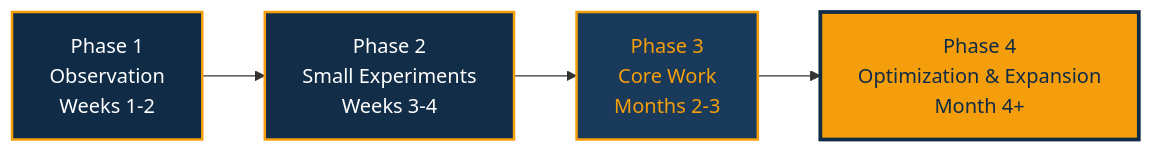
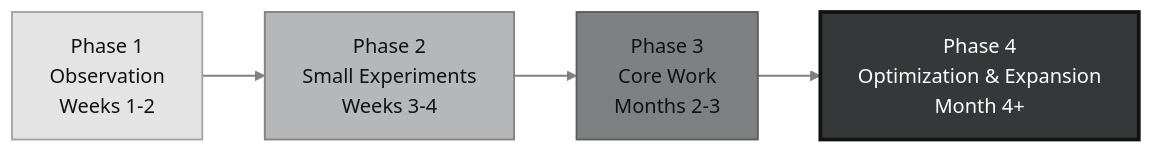
Diagram 11 of 11 in docs/en/the_10_80_10_principle_EN.md (Leading-AI-IO/the-10-80-10-principle), drawn with Mermaid before and after one commit. The commit also changed other lines of this file, not shown here.

````diff
--- a/docs/en/the_10_80_10_principle_EN.md
+++ b/docs/en/the_10_80_10_principle_EN.md
@@ -600,11 +2098,13 @@
 ```mermaid
+%%{init: {'theme':'base','themeVariables':{'fontFamily':'Helvetica, Arial, sans-serif','lineColor':'#7f8082','primaryTextColor':'#111213','clusterBkg':'#fafafa','clusterBorder':'#b6b7b8','titleColor':'#363738','edgeLabelBackground':'#ffffff'}}}%%
 graph LR
     S1["Phase 1<br/>Observation<br/>Weeks 1-2"] --> S2["Phase 2<br/>Small Experiments<br/>Weeks 3-4"]
     S2 --> S3["Phase 3<br/>Core Work<br/>Months 2-3"]
     S3 --> S4["Phase 4<br/>Optimization & Expansion<br/>Month 4+"]
 
-    style S1 fill:#0f2b46,stroke:#f59e0b,color:#ffffff,stroke-width:2px
-    style S2 fill:#122d47,stroke:#f59e0b,color:#ffffff,stroke-width:2px
-    style S3 fill:#1a3a5c,stroke:#f59e0b,color:#f59e0b,stroke-width:2px
-    style S4 fill:#f59e0b,stroke:#0f2b46,color:#0f2b46,stroke-width:3px
+    style S1 fill:#e4e4e5,stroke:#a4a4a4,color:#111213,stroke-width:1.5px
+    style S2 fill:#b6b7b8,stroke:#838384,color:#111213,stroke-width:1.5px
+    style S3 fill:#7f8082,stroke:#5b5c5d,color:#111213,stroke-width:1.5px
+    style S4 fill:#363738,stroke:#111213,color:#ffffff,stroke-width:3px
+    linkStyle default stroke:#7f8082,stroke-width:1.5px
 ```
````
